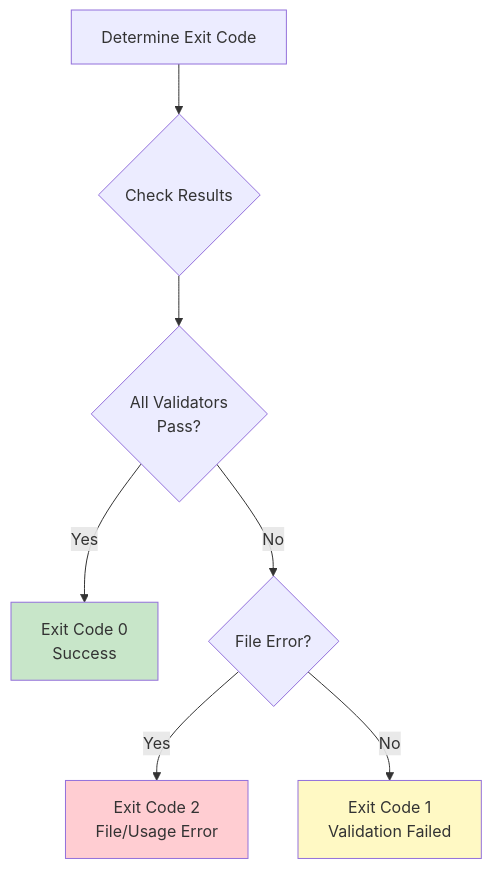
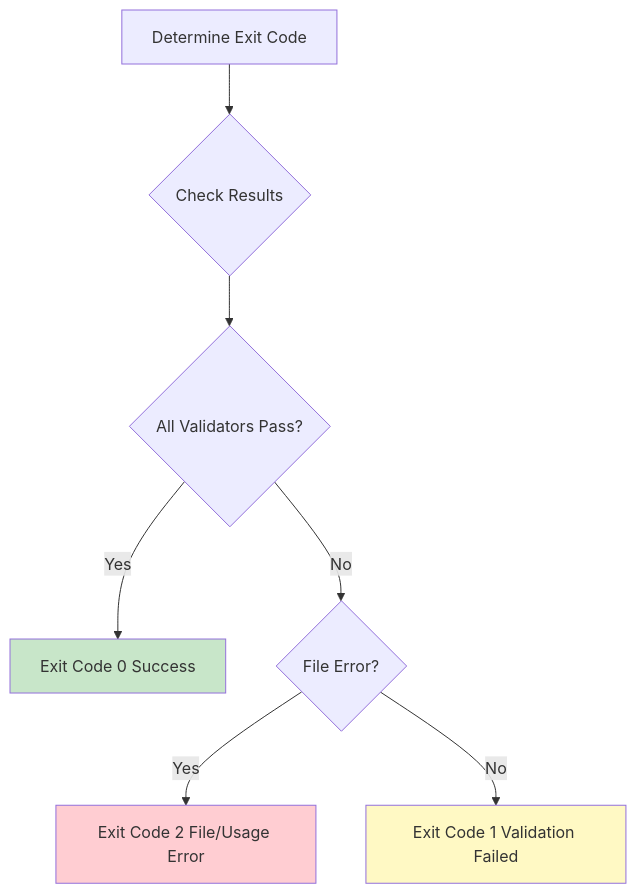
The second of 2 diagrams in wiki/Reporter-Module.md (softwarewrighter/markdown-checker), drawn with Mermaid before and after one commit. The commit also changed other lines of this file and 10 other files, not shown here.

````diff
--- a/wiki/Reporter-Module.md
+++ b/wiki/Reporter-Module.md
@@ -273,15 +273,15 @@
 ```mermaid
 graph TD
     Start[Determine Exit Code] --> CheckResults{Check Results}
 
-    CheckResults --> AllPass{All Validators<br/>Pass?}
-    AllPass -->|Yes| Exit0[Exit Code 0<br/>Success]
+    CheckResults --> AllPass{All Validators Pass?}
+    AllPass -->|Yes| Exit0[Exit Code 0 Success]
     AllPass -->|No| CheckFileErr{File Error?}
 
-    CheckFileErr -->|Yes| Exit2[Exit Code 2<br/>File/Usage Error]
-    CheckFileErr -->|No| Exit1[Exit Code 1<br/>Validation Failed]
+    CheckFileErr -->|Yes| Exit2[Exit Code 2 File/Usage Error]
+    CheckFileErr -->|No| Exit1[Exit Code 1 Validation Failed]
 
     style Exit0 fill:#c8e6c9
     style Exit1 fill:#fff9c4
     style Exit2 fill:#ffcdd2
 ```
````
